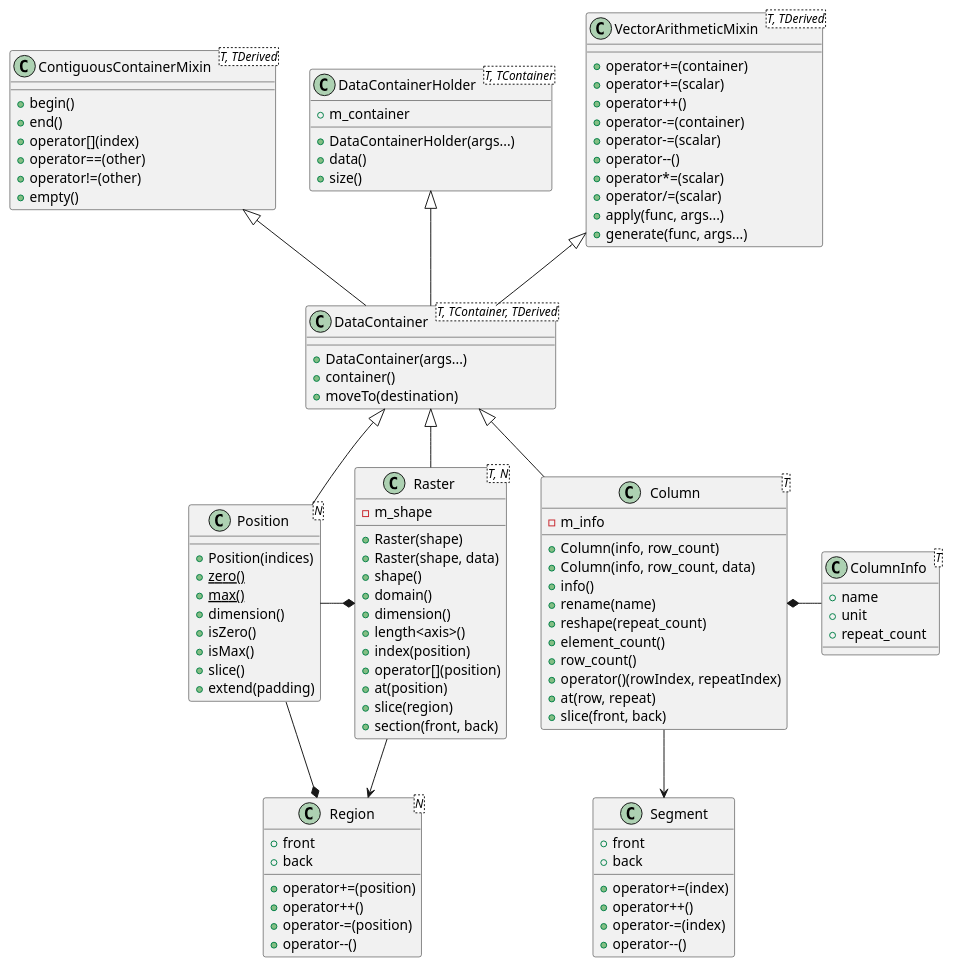
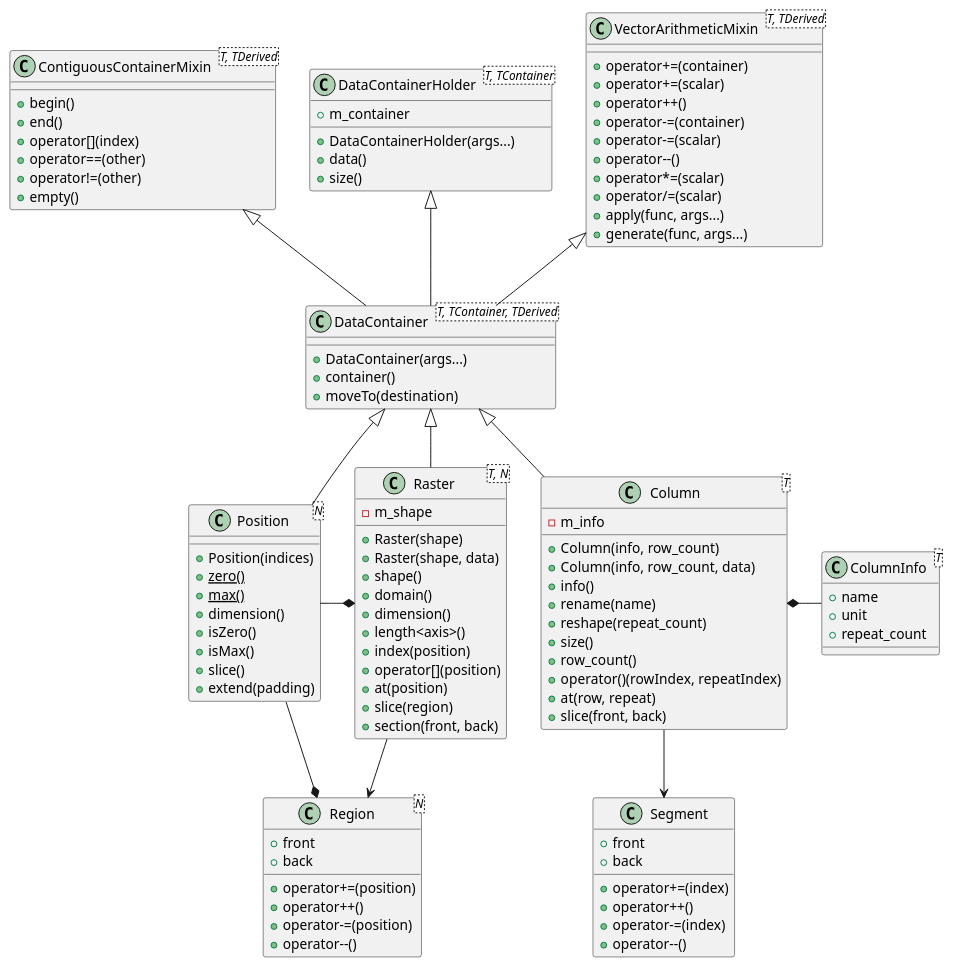
One commit to CNES/EleFits changed the diagram in doc/diagrams/src/FitsData.puml. Above: the diagram before and after it, drawn with PlantUML. The commit also changed 23 other files, not shown here.

```diff
--- a/doc/diagrams/src/FitsData.puml
+++ b/doc/diagrams/src/FitsData.puml
@@ -1,103 +1,103 @@
 @startuml
 class ContiguousContainerMixin<T, TDerived> {
 + begin()
 + end()
 + operator[](index)
 + operator==(other)
 + operator!=(other)
 + empty()
 }
 class DataContainerHolder<T, TContainer> {
 + m_container
 + DataContainerHolder(args...)
 + data()
 + size()
 }
 class VectorArithmeticMixin<T, TDerived> {
 + operator+=(container)
 + operator+=(scalar)
 + operator++()
 + operator-=(container)
 + operator-=(scalar)
 + operator--()
 + operator*=(scalar)
 + operator/=(scalar)
 + apply(func, args...)
 + generate(func, args...)
 }
 class DataContainer<T, TContainer, TDerived> {
 + DataContainer(args...)
 + container()
 + moveTo(destination)
 }
 class Position<N> {
 + Position(indices)
 + {static} zero()
 + {static} max()
 + dimension()
 + isZero()
 + isMax()
 + slice()
 + extend(padding)
 }
 class Region<N> {
 + front
 + back
 + operator+=(position)
 + operator++()
 + operator-=(position)
 + operator--()
 }
 class Raster<T, N> {
 - m_shape
 + Raster(shape)
 + Raster(shape, data)
 + shape()
 + domain()
 + dimension()
 + length<axis>()
 + index(position)
 + operator[](position)
 + at(position)
 + slice(region)
 + section(front, back)
 }
 class Column<T> {
 - m_info
 + Column(info, row_count)
 + Column(info, row_count, data)
 + info()
 + rename(name)
 + reshape(repeat_count)
-+ element_count()
++ size()
 + row_count()
 + operator()(rowIndex, repeatIndex)
 + at(row, repeat)
 + slice(front, back)
 }
 class ColumnInfo<T> {
 + name
 + unit
 + repeat_count
 }
 class Segment {
 + front
 + back
 + operator+=(index)
 + operator++()
 + operator-=(index)
 + operator--()
 }
 
 ContiguousContainerMixin <|-- DataContainer
 DataContainerHolder <|-- DataContainer
 VectorArithmeticMixin <|-- DataContainer
 DataContainer <|-- Position
 DataContainer <|-- Raster
 DataContainer <|-- Column
 Position --* Region
 Position -* Raster
 Raster --> Region
 Column *- ColumnInfo
 Column --> Segment
 @enduml
```
